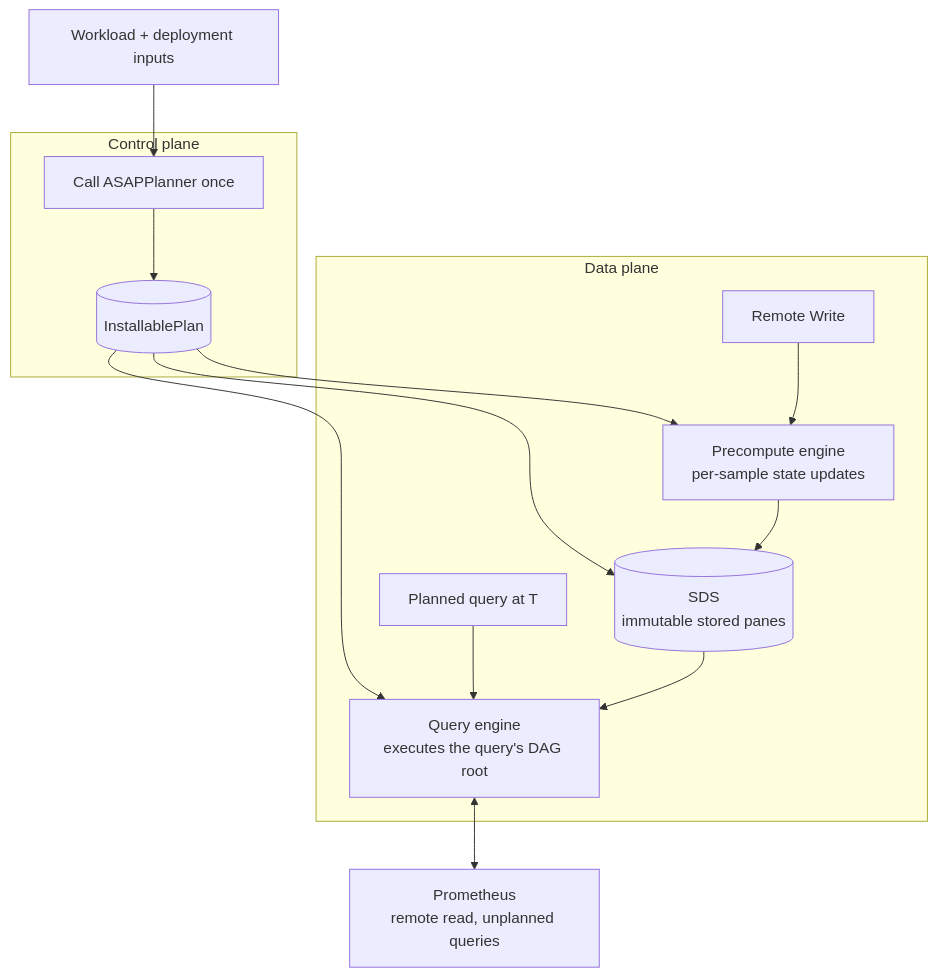
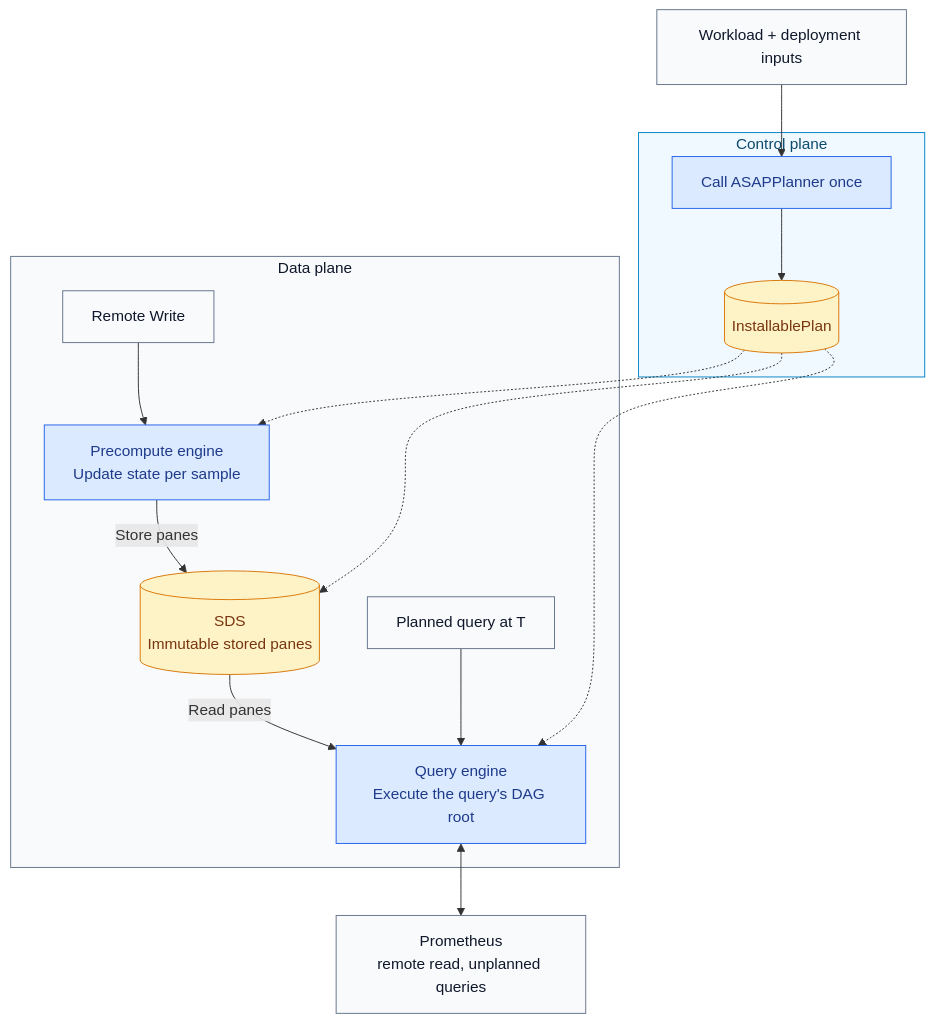
One commit to ProjectASAP/ASAPQuery-backend changed the diagram in docs/design/backend-on-planner-physical-dag.md. Above: the diagram before and after it, drawn with Mermaid. The commit also changed other lines of this file, not shown here.

Commit message:
docs: improve data-plane flowchart readability

````diff
--- a/docs/design/backend-on-planner-physical-dag.md
+++ b/docs/design/backend-on-planner-physical-dag.md
@@ -11,17 +11,27 @@
 ```mermaid
 flowchart TB
   W[Workload + deployment inputs] --> PL
   subgraph CP[Control plane]
     PL[Call ASAPPlanner once] --> P[(InstallablePlan)]
   end
-  P --> PE
-  P --> QE
-  P --> SDS
   subgraph DP[Data plane]
-    RW[Remote Write] --> PE[Precompute engine<br/>per-sample state updates]
-    PE --> SDS[(SDS<br/>immutable stored panes)]
-    Q[Planned query at T] --> QE[Query engine<br/>executes the query's DAG root]
-    SDS --> QE
+    RW[Remote Write] --> PE[Precompute engine<br/>Update state per sample]
+    PE -->|Store panes| SDS[(SDS<br/>Immutable stored panes)]
+    SDS -->|Read panes| QE[Query engine<br/>Execute the query's DAG root]
+    Q[Planned query at T] --> QE
   end
+
+  P -.-> PE
+  P -.-> SDS
+  P -.-> QE
   QE <--> PROM[Prometheus<br/>remote read, unplanned queries]
+
+  classDef input fill:#f8fafc,stroke:#64748b,color:#0f172a
+  classDef engine fill:#dbeafe,stroke:#2563eb,color:#1e3a8a
+  classDef storage fill:#fef3c7,stroke:#d97706,color:#78350f
+  class W,RW,Q,PROM input
+  class PL,PE,QE engine
+  class P,SDS storage
+  style CP fill:#f0f9ff,stroke:#0284c7,color:#0c4a6e
+  style DP fill:#f8fafc,stroke:#64748b,color:#0f172a
 ```
````
